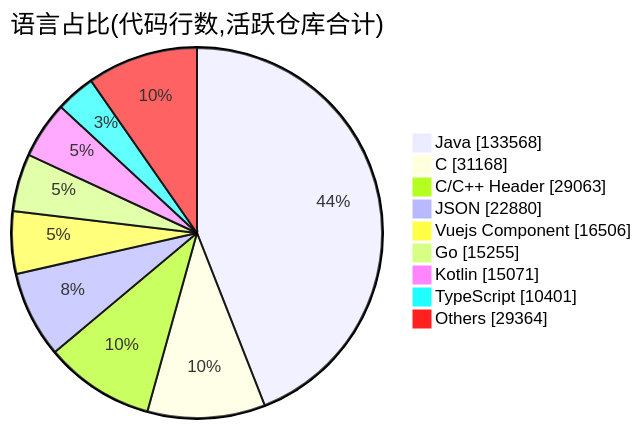
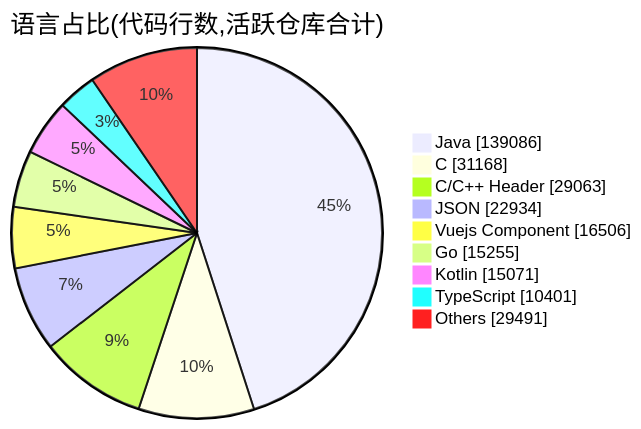
Before and after one commit to Conflux-Union/.github: the second of 2 diagrams in profile/README.md, drawn with Mermaid. The commit also changed other lines of this file and 1 other file, not shown here.

````diff
--- a/profile/README.md
+++ b/profile/README.md
@@ -79,13 +79,13 @@
 ```mermaid
 pie showData
     title 语言占比(代码行数,活跃仓库合计)
-    "Java" : 133568
+    "Java" : 139086
     "C" : 31168
     "C/C++ Header" : 29063
-    "JSON" : 22880
+    "JSON" : 22934
     "Vuejs Component" : 16506
     "Go" : 15255
     "Kotlin" : 15071
     "TypeScript" : 10401
-    "Others" : 29364
+    "Others" : 29491
 ```
````
